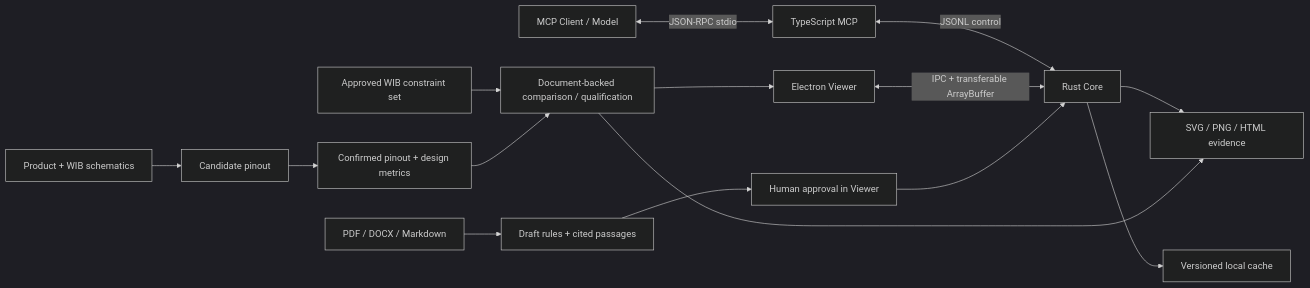
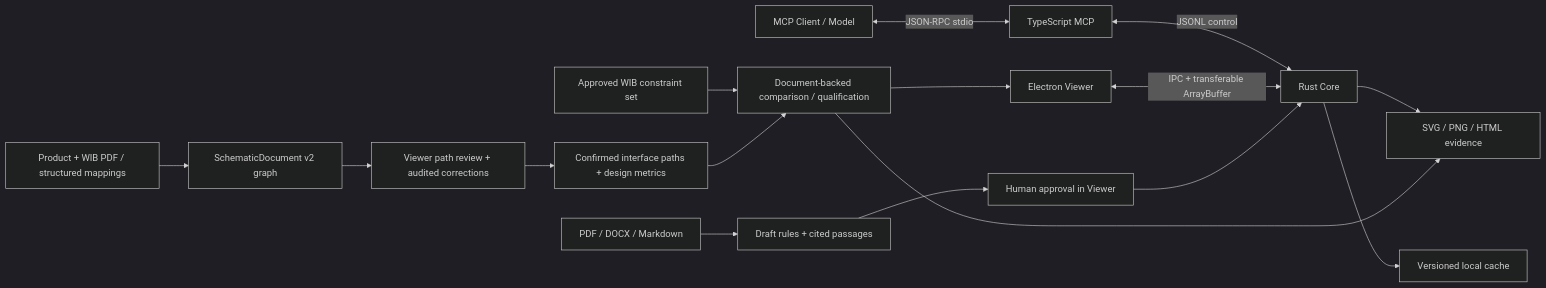
Before and after one commit to EurekaRaider/CircuitInspector: the diagram in docs/architecture.md, drawn with Mermaid (dark theme). The commit also changed other lines of this file and 36 other files, not shown here.

Commit message:
Add schematic PDF graph tracing

````diff
--- a/docs/architecture.md
+++ b/docs/architecture.md
@@ -3,17 +3,18 @@
 ```mermaid
 flowchart LR
   Client["MCP Client / Model"] <-->|"JSON-RPC stdio"| MCP["TypeScript MCP"]
   MCP <-->|"JSONL control"| Core["Rust Core"]
   Viewer["Electron Viewer"] <-->|"IPC + transferable ArrayBuffer"| Core
   Core --> Cache["Versioned local cache"]
   Core --> Evidence["SVG / PNG / HTML evidence"]
-  Schematics["Product + WIB schematics"] --> Pinout["Candidate pinout"]
-  Pinout --> Confirm["Confirmed pinout + design metrics"]
+  Schematics["Product + WIB PDF / structured mappings"] --> Graph["SchematicDocument v2 graph"]
+  Graph --> Review["Viewer path review + audited corrections"]
+  Review --> Confirm["Confirmed interface paths + design metrics"]
   Constraints["Approved WIB constraint set"] --> DocAnalysis["Document-backed comparison / qualification"]
   Confirm --> DocAnalysis
   DocAnalysis --> Evidence
   DocAnalysis --> Viewer
   Specs["PDF / DOCX / Markdown"] --> Draft["Draft rules + cited passages"]
   Draft --> Approval["Human approval in Viewer"]
   Approval --> Core
 ```
````
